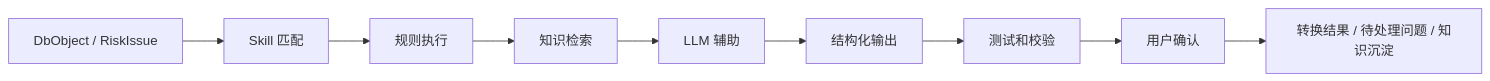
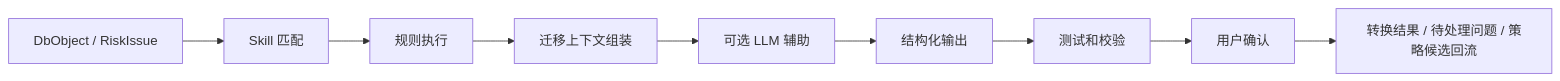
One commit to sainm/SchemaPilot changed the tenth of 11 diagrams in docs/design.md. Above: the diagram before and after it, drawn with Mermaid. The commit also changed other lines of this file and 489 other files, not shown here.

Commit message:
Implement modular SchemaPilot MVP

````diff
--- a/docs/design.md
+++ b/docs/design.md
@@ -1161,11 +1375,11 @@
 ```mermaid
 flowchart LR
   A["DbObject / RiskIssue"] --> B["Skill 匹配"]
   B --> C["规则执行"]
-  C --> D["知识检索"]
-  D --> E["LLM 辅助"]
+  C --> D["迁移上下文组装"]
+  D --> E["可选 LLM 辅助"]
   E --> F["结构化输出"]
   F --> G["测试和校验"]
   G --> H["用户确认"]
-  H --> I["转换结果 / 待处理问题 / 知识沉淀"]
+  H --> I["转换结果 / 待处理问题 / 策略候选回流"]
 ```
````
